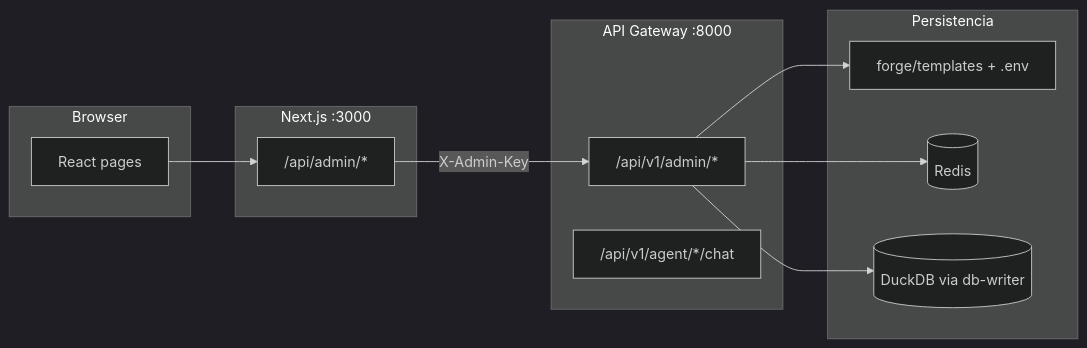
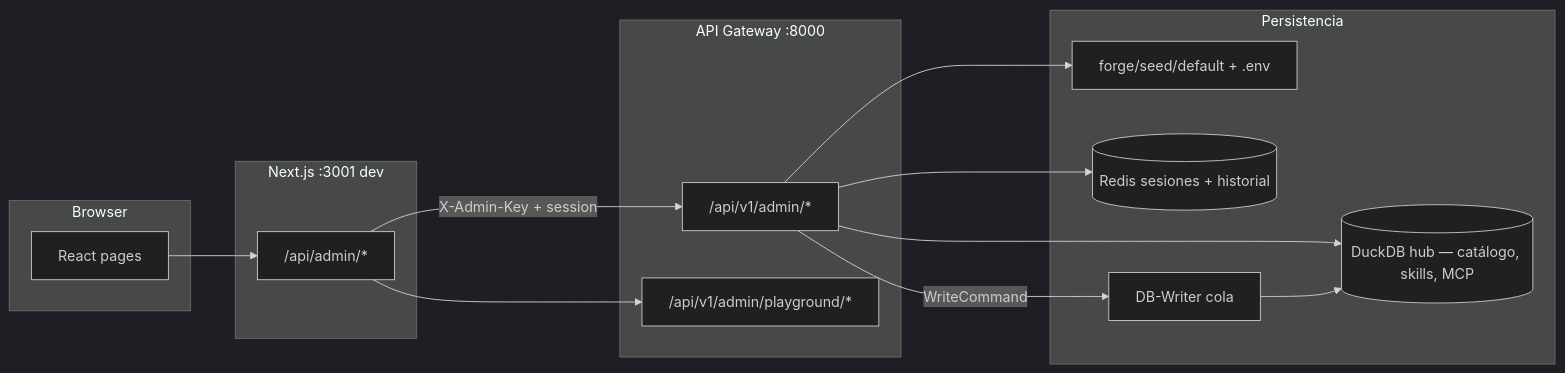
One commit to Capadonna-Labs/DuckClaw changed the diagram in apps/duckclaw-admin/docs/architecture.md. Above: the diagram before and after it, drawn with Mermaid (dark theme). The commit also changed other lines of this file and 28 other files, not shown here.

````diff
--- a/apps/duckclaw-admin/docs/architecture.md
+++ b/apps/duckclaw-admin/docs/architecture.md
@@ -7,23 +7,27 @@
 ```mermaid
 flowchart LR
   subgraph browser [Browser]
     UI[React pages]
   end
-  subgraph next [Next.js :3000]
+  subgraph next [Next.js :3001 dev]
     BFF["/api/admin/*"]
   end
   subgraph gateway [API Gateway :8000]
     ADM["/api/v1/admin/*"]
-    CHAT["/api/v1/agent/*/chat"]
+    PG["/api/v1/admin/playground/*"]
   end
   subgraph data [Persistencia]
-    DISK["forge/templates + .env"]
-    REDIS[(Redis)]
-    DUCK[(DuckDB via db-writer)]
+    DUCK[(DuckDB hub — catálogo, skills, MCP)]
+    DISK["forge/seed/default + .env"]
+    REDIS[(Redis sesiones + historial)]
+    WRITER[DB-Writer cola]
   end
   UI --> BFF
-  BFF -->|"X-Admin-Key"| ADM
+  BFF -->|"X-Admin-Key + session"| ADM
+  BFF --> PG
+  ADM --> DUCK
   ADM --> DISK
   ADM --> REDIS
-  ADM --> DUCK
+  ADM -->|"WriteCommand"| WRITER
+  WRITER --> DUCK
 ```
````
